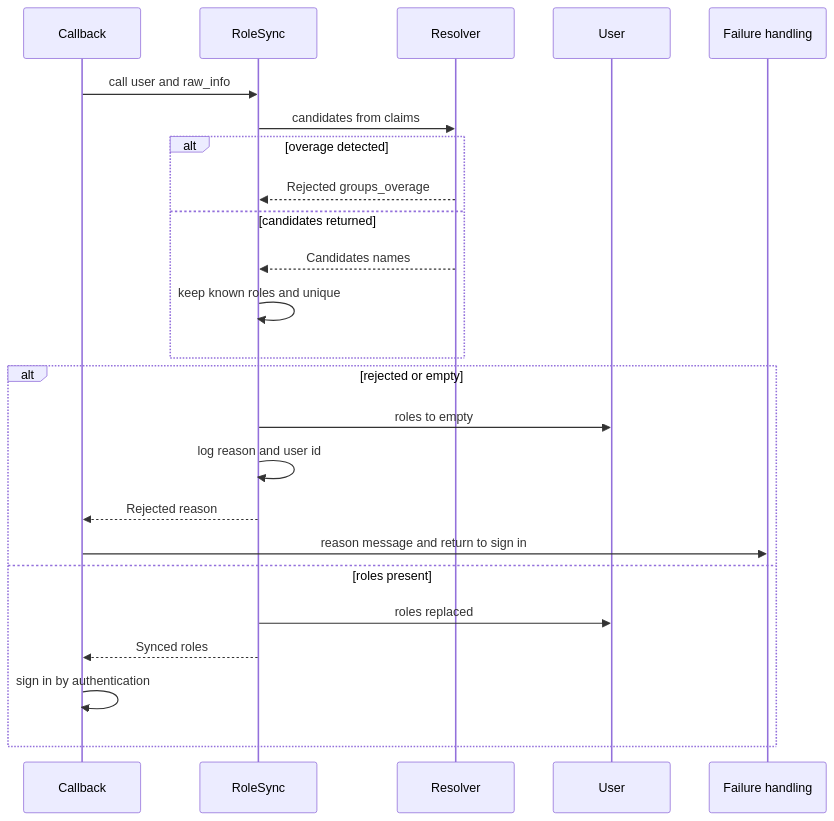
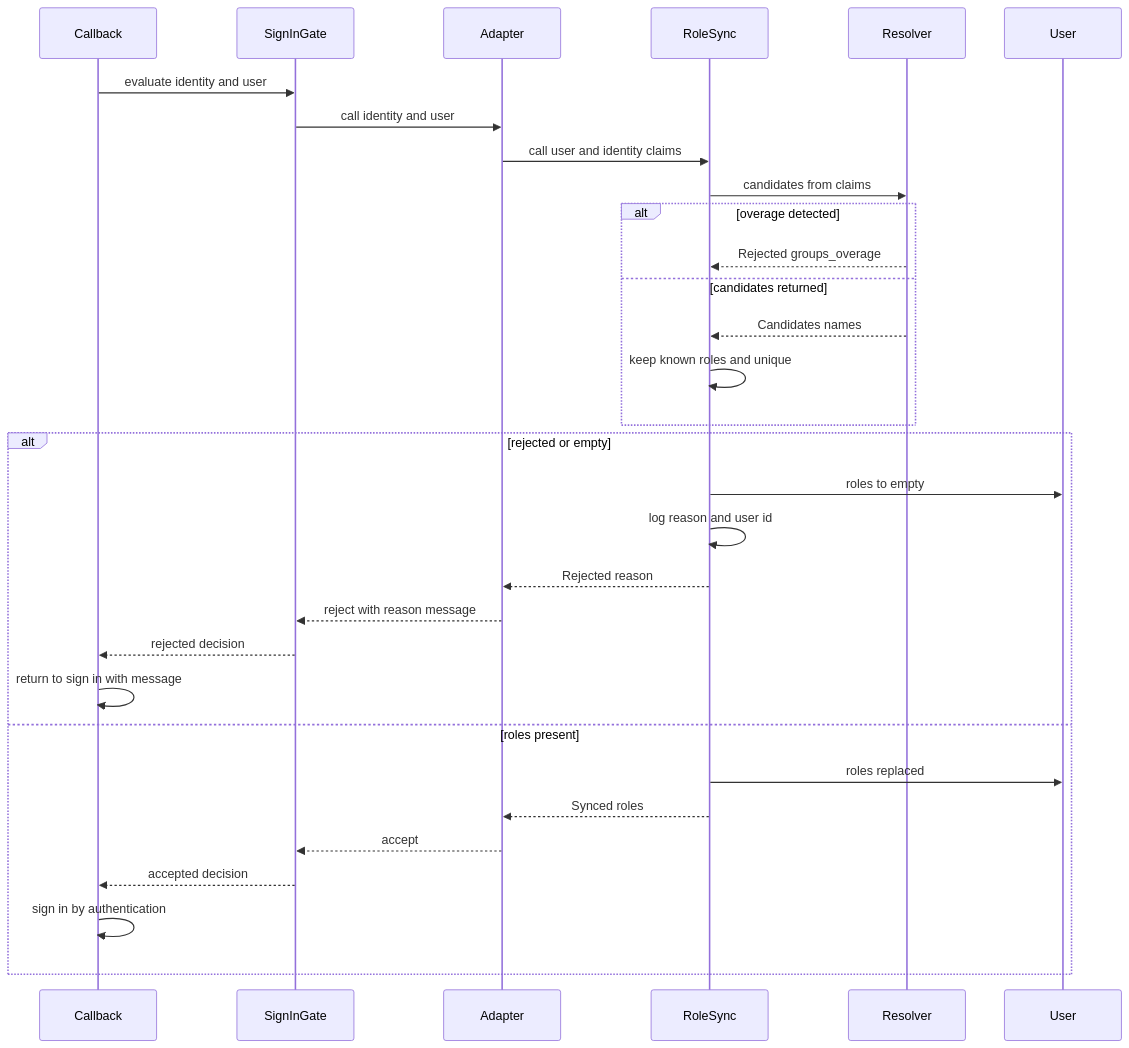
The second of 2 diagrams in .kiro/specs/entra-authorization/design.md (ryu-sato/rails7-with-entraid), drawn with Mermaid before and after one commit. The commit also changed other lines of this file and 1 other file, not shown here.

Commit message:
docs(entra-authorization): SignInGate のアダプタ登録に接続方式を更新

````diff
--- a/.kiro/specs/entra-authorization/design.md
+++ b/.kiro/specs/entra-authorization/design.md
@@ -140,26 +143,33 @@
 ```mermaid
 sequenceDiagram
     participant Cb as Callback
+    participant Gate as SignInGate
+    participant Ad as Adapter
     participant Sync as RoleSync
     participant Res as Resolver
     participant U as User
-    participant Fail as Failure handling
-    Cb->>Sync: call user and raw_info
+    Cb->>Gate: evaluate identity and user
+    Gate->>Ad: call identity and user
+    Ad->>Sync: call user and identity claims
     Sync->>Res: candidates from claims
     alt overage detected
         Res-->>Sync: Rejected groups_overage
     else candidates returned
         Res-->>Sync: Candidates names
         Sync->>Sync: keep known roles and unique
     end
     alt rejected or empty
         Sync->>U: roles to empty
         Sync->>Sync: log reason and user id
-        Sync-->>Cb: Rejected reason
-        Cb->>Fail: reason message and return to sign in
+        Sync-->>Ad: Rejected reason
+        Ad-->>Gate: reject with reason message
+        Gate-->>Cb: rejected decision
+        Cb->>Cb: return to sign in with message
     else roles present
         Sync->>U: roles replaced
-        Sync-->>Cb: Synced roles
+        Sync-->>Ad: Synced roles
+        Ad-->>Gate: accept
+        Gate-->>Cb: accepted decision
         Cb->>Cb: sign in by authentication
     end
 ```
````
